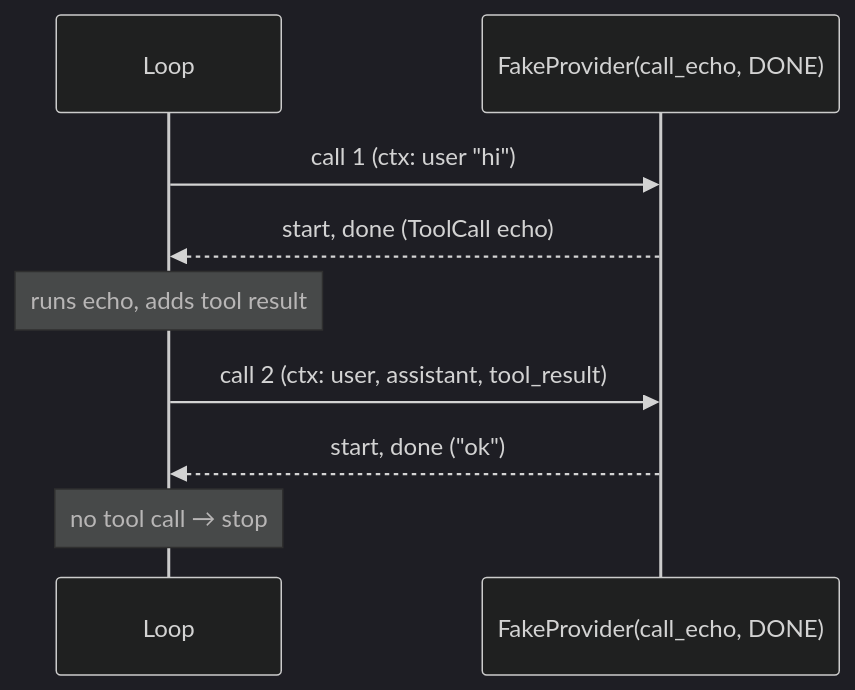
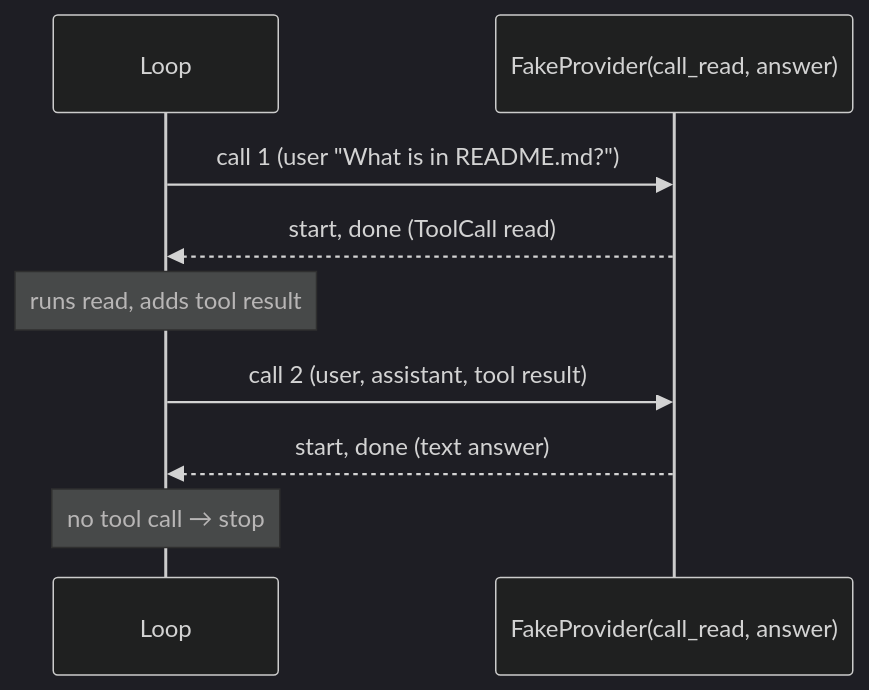
Before and after one commit to danhugo/simp-agent: the third of 3 diagrams in docs/guidebook/04-label-test.md, drawn with Mermaid (dark theme). The commit also changed other lines of this file and 2 other files, not shown here.

Commit message:
guidebook ch04: rewrite against checklist (example first, one term Label, one FakeProvider explanation)

````diff
--- a/docs/guidebook/04-label-test.md
+++ b/docs/guidebook/04-label-test.md
@@ -188,11 +140,11 @@
 ```mermaid
 sequenceDiagram
     participant L as Loop
-    participant F as FakeProvider(call_echo, DONE)
-    L->>F: call 1 (ctx: user "hi")
-    F-->>L: start, done (ToolCall echo)
-    Note over L: runs echo, adds tool result
-    L->>F: call 2 (ctx: user, assistant, tool_result)
-    F-->>L: start, done ("ok")
+    participant F as FakeProvider(call_read, answer)
+    L->>F: call 1 (user "What is in README.md?")
+    F-->>L: start, done (ToolCall read)
+    Note over L: runs read, adds tool result
+    L->>F: call 2 (user, assistant, tool result)
+    F-->>L: start, done (text answer)
     Note over L: no tool call → stop
 ```
````
